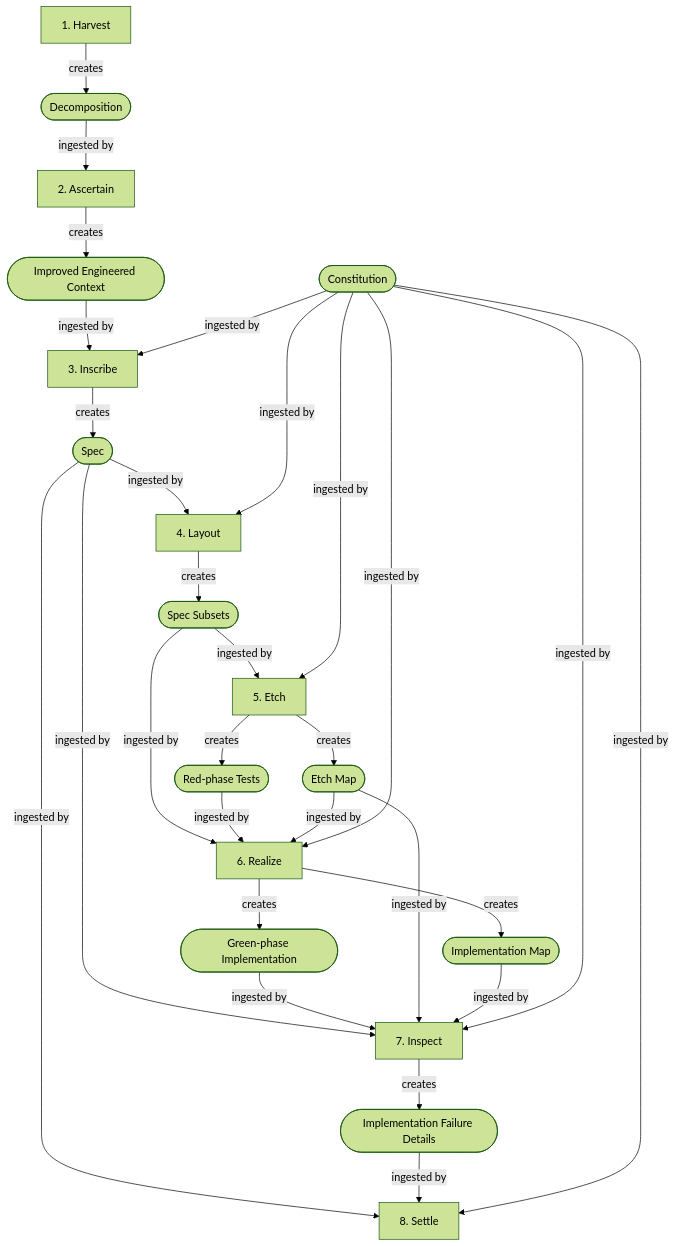
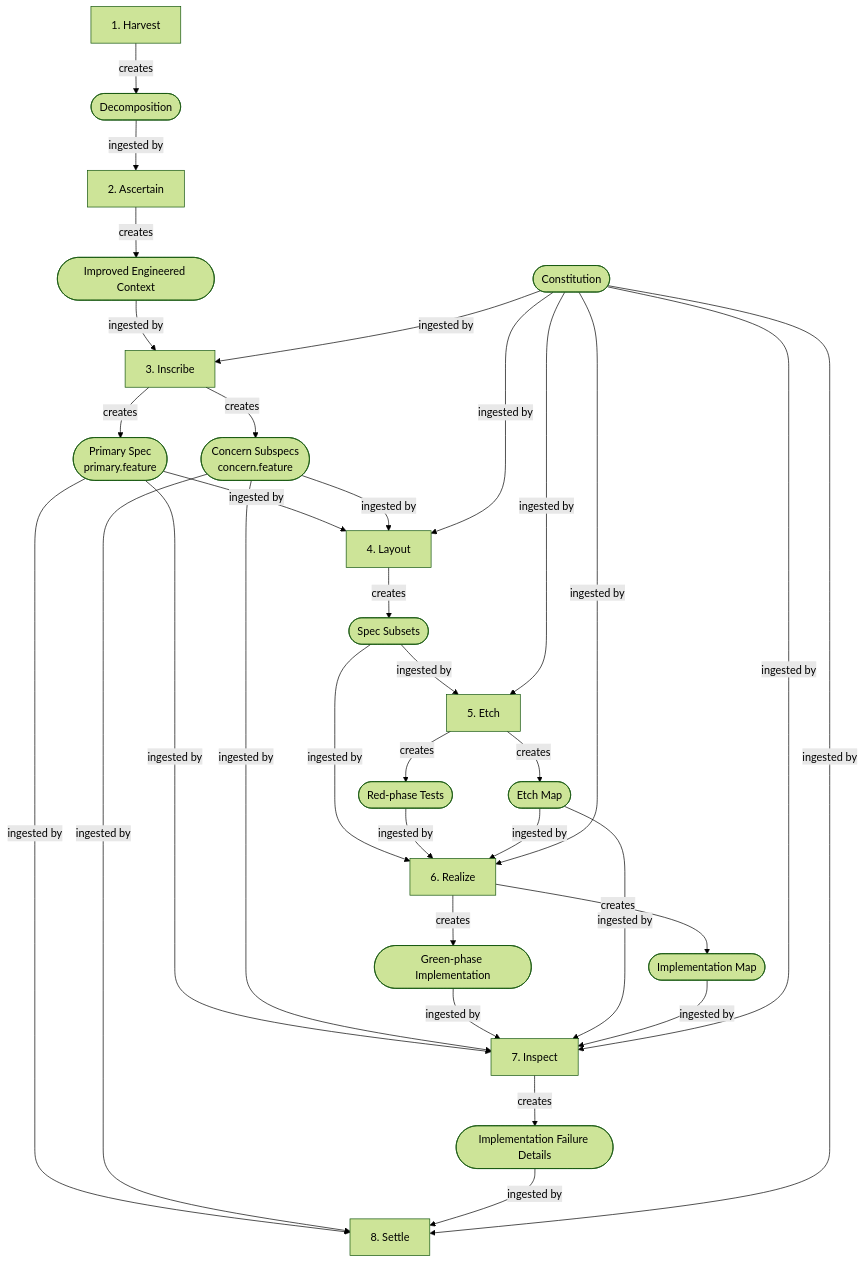
The second of 5 diagrams in docs/diagrams/diagrams.md (v0idbit/haileris), drawn with Mermaid (forest theme) before and after one commit. The commit also changed other lines of this file and 6 other files, not shown here.

First line of the commit message:
docs: add primary spec, composition validation (ANLZ-006), and repo-local feature files

````diff
--- a/docs/diagrams/diagrams.md
+++ b/docs/diagrams/diagrams.md
@@ -63,48 +63,53 @@
 ```mermaid
 flowchart TD
     DEC([Decomposition])
     IEC([Improved Engineered Context])
-    SP([Spec])
+    PS([Primary Spec<br>primary.feature])
+    CS([Concern Subspecs<br>concern.feature])
     SS([Spec Subsets])
     RT([Red-phase Tests])
     ETM([Etch Map])
     GI([Green-phase Implementation])
     IM([Implementation Map])
     IF([Implementation Failure Details])
     CON([Constitution])
 
     H[1. Harvest] -->|creates| DEC
     DEC -->|ingested by| A[2. Ascertain]
 
     A -->|creates| IEC
     IEC -->|ingested by| I[3. Inscribe]
     CON -->|ingested by| I
 
-    I -->|creates| SP
-    SP -->|ingested by| L[4. Layout]
+    I -->|creates| PS
+    I -->|creates| CS
+    PS -->|ingested by| L[4. Layout]
+    CS -->|ingested by| L
     CON -->|ingested by| L
 
     L -->|creates| SS
     SS -->|ingested by| E[5. Etch]
     CON -->|ingested by| E
 
     E -->|creates| RT
     E -->|creates| ETM
     SS -->|ingested by| R[6. Realize]
     RT -->|ingested by| R
     ETM -->|ingested by| R
     CON -->|ingested by| R
 
     R -->|creates| GI
     R -->|creates| IM
-    SP -->|ingested by| IN[7. Inspect]
+    PS -->|ingested by| IN[7. Inspect]
+    CS -->|ingested by| IN
     GI -->|ingested by| IN
     ETM -->|ingested by| IN
     IM -->|ingested by| IN
     CON -->|ingested by| IN
 
     IN -->|creates| IF
-    SP -->|ingested by| S[8. Settle]
+    PS -->|ingested by| S[8. Settle]
+    CS -->|ingested by| S
     IF -->|ingested by| S
     CON -->|ingested by| S
 ```
````
